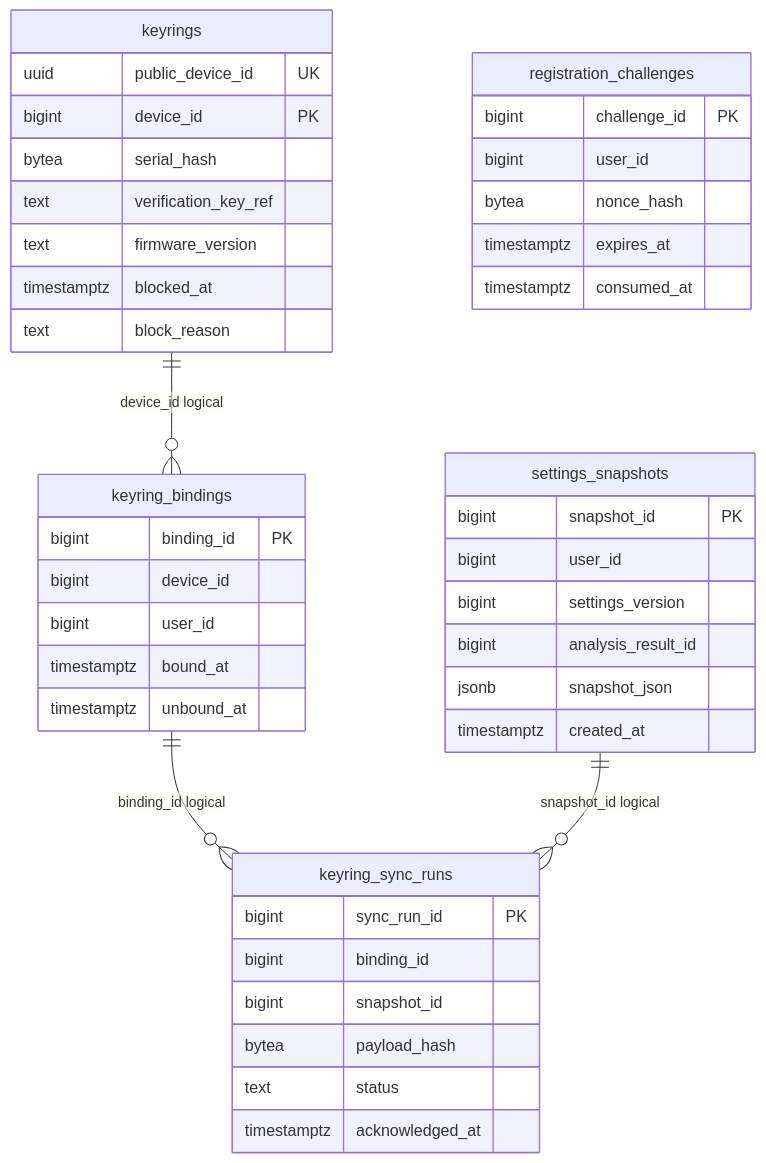
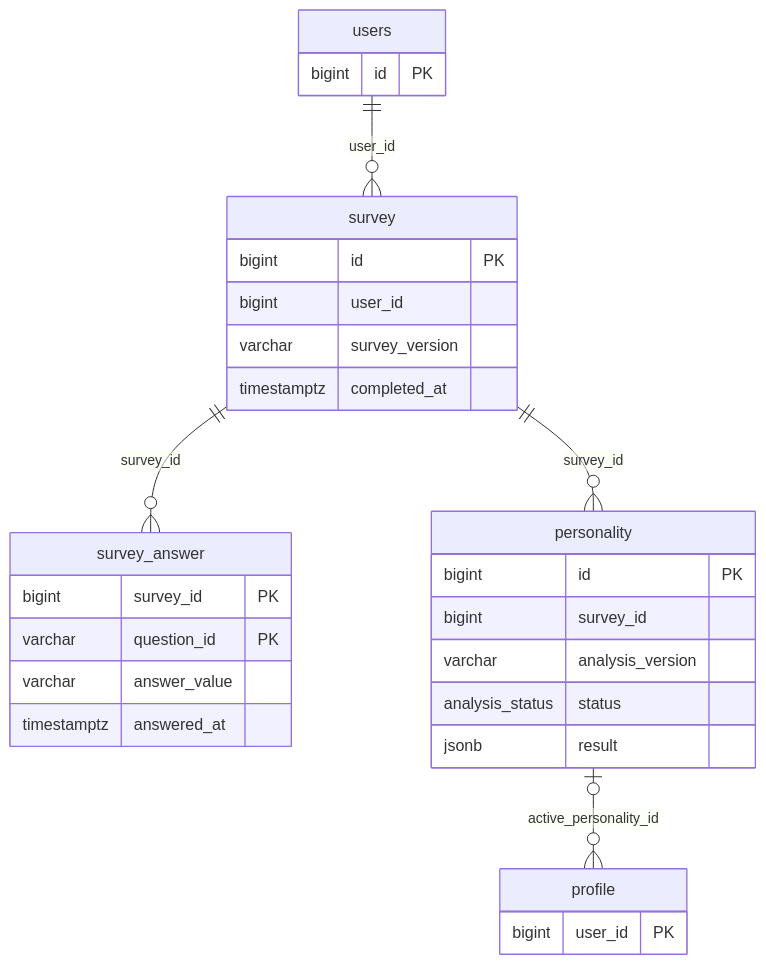
One commit to j-moo/Tingle changed the diagram in docs/database/erd-2.mmd. Above: the diagram before and after it, drawn with Mermaid. The commit also changed 33 other files, not shown here.

Commit message:
docs: 최신 21개 테이블 기준 담당 API와 ERD 문서 정합화

```diff
--- a/docs/database/erd-2.mmd
+++ b/docs/database/erd-2.mmd
@@ -1,43 +1,31 @@
+%% ERD21 design view; relationships are logical, not production FK proof.
 erDiagram
-    keyrings {
-        uuid public_device_id UK
-        bigint device_id PK
-        bytea serial_hash
-        text verification_key_ref
-        text firmware_version
-        timestamptz blocked_at
-        text block_reason
+    survey {
+        bigint id PK
+        bigint user_id
+        varchar survey_version
+        timestamptz completed_at
     }
-    keyring_bindings {
-        bigint binding_id PK
-        bigint device_id
-        bigint user_id
-        timestamptz bound_at
-        timestamptz unbound_at
+    survey_answer {
+        bigint survey_id PK
+        varchar question_id PK
+        varchar answer_value
+        timestamptz answered_at
     }
-    registration_challenges {
-        bigint challenge_id PK
-        bigint user_id
-        bytea nonce_hash
-        timestamptz expires_at
-        timestamptz consumed_at
+    personality {
+        bigint id PK
+        bigint survey_id
+        varchar analysis_version
+        analysis_status status
+        jsonb result
     }
-    keyring_sync_runs {
-        bigint sync_run_id PK
-        bigint binding_id
-        bigint snapshot_id
-        bytea payload_hash
-        text status
-        timestamptz acknowledged_at
+    profile {
+        bigint user_id PK
     }
-    settings_snapshots {
-        bigint snapshot_id PK
-        bigint user_id
-        bigint settings_version
-        bigint analysis_result_id
-        jsonb snapshot_json
-        timestamptz created_at
+    users {
+        bigint id PK
     }
-    keyrings ||--o{ keyring_bindings : "device_id logical"
-    keyring_bindings ||--o{ keyring_sync_runs : "binding_id logical"
-    settings_snapshots ||--o{ keyring_sync_runs : "snapshot_id logical"
+    survey ||--o{ personality : "survey_id"
+    users ||--o{ survey : "user_id"
+    personality o|--o{ profile : "active_personality_id"
+    survey ||--o{ survey_answer : "survey_id"
```
